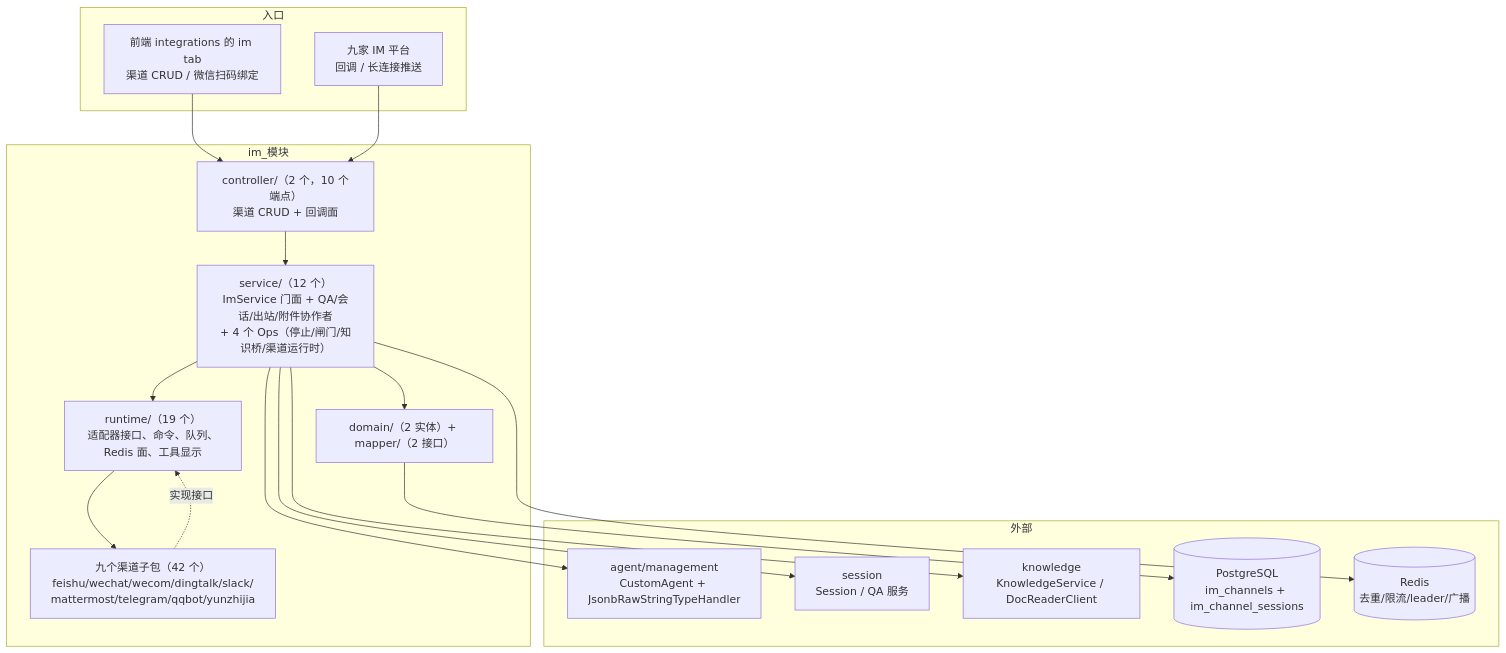
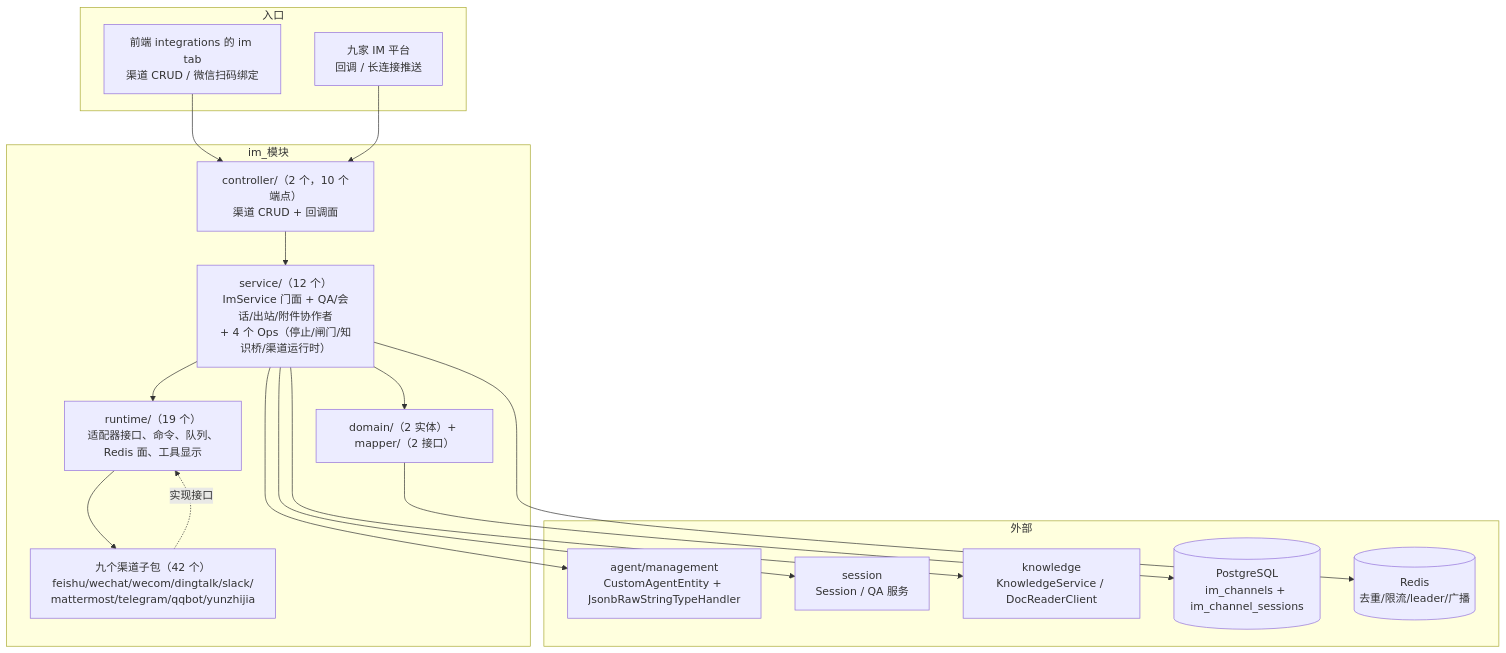
The first of 6 diagrams in docs/im-module-guide.md (pmbilly/ragagent), drawn with Mermaid before and after one commit. The commit also changed other lines of this file and 36 other files, not shown here.

````diff
--- a/docs/im-module-guide.md
+++ b/docs/im-module-guide.md
@@ -31,32 +31,32 @@
 ```mermaid
 graph TB
     subgraph 入口
         FE["前端 integrations 的 im tab<br/>渠道 CRUD / 微信扫码绑定"]
         IM["九家 IM 平台<br/>回调 / 长连接推送"]
     end
 
     subgraph im_模块
         CTRL["controller/（2 个，10 个端点）<br/>渠道 CRUD + 回调面"]
         SVC["service/（12 个）<br/>ImService 门面 + QA/会话/出站/附件协作者<br/>+ 4 个 Ops（停止/闸门/知识桥/渠道运行时）"]
         RT["runtime/（19 个）<br/>适配器接口、命令、队列、Redis 面、工具显示"]
         CH9["九个渠道子包（42 个）<br/>feishu/wechat/wecom/dingtalk/slack/<br/>mattermost/telegram/qqbot/yunzhijia"]
         DOM["domain/（2 实体）+ mapper/（2 接口）"]
     end
 
     subgraph 外部
-        AGENT["agent/management<br/>CustomAgent + JsonbRawStringTypeHandler"]
+        AGENT["agent/management<br/>CustomAgentEntity + JsonbRawStringTypeHandler"]
         SESS["session<br/>Session / QA 服务"]
         KB["knowledge<br/>KnowledgeService / DocReaderClient"]
         PG[("PostgreSQL<br/>im_channels + im_channel_sessions")]
         REDIS[("Redis<br/>去重/限流/leader/广播")]
     end
 
     FE --> CTRL --> SVC
     IM --> CTRL
     SVC --> RT
     SVC --> SESS & KB & AGENT
     RT --> CH9
     SVC --> DOM --> PG
     SVC --> REDIS
     CH9 -. 实现接口 .-> RT
 ```
````
